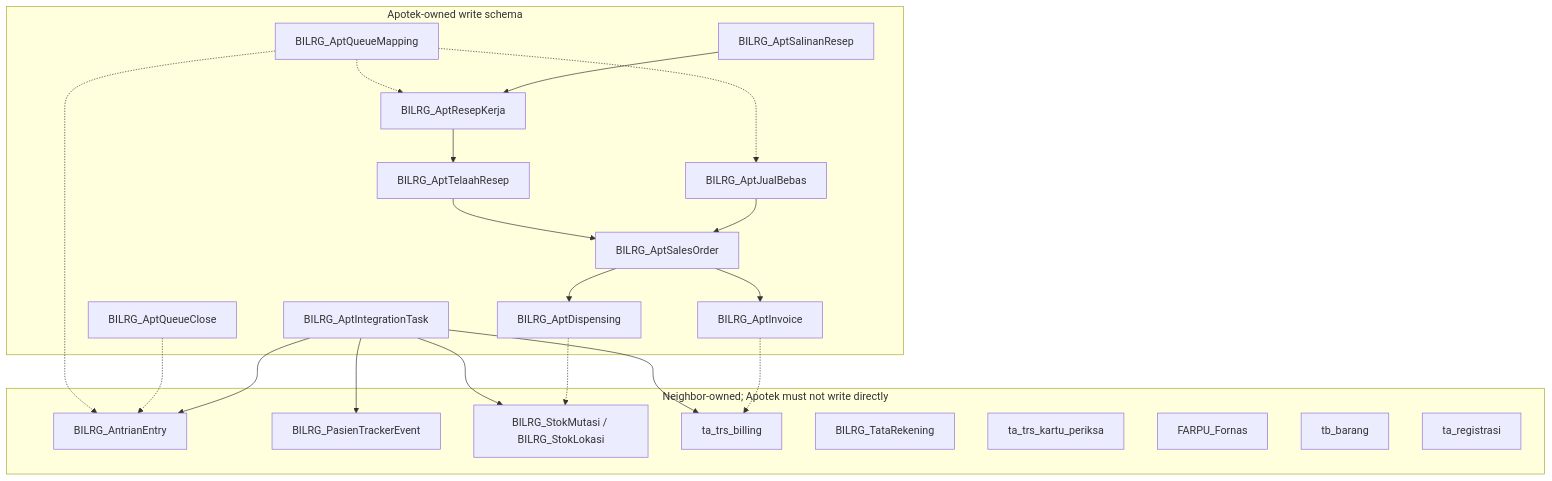
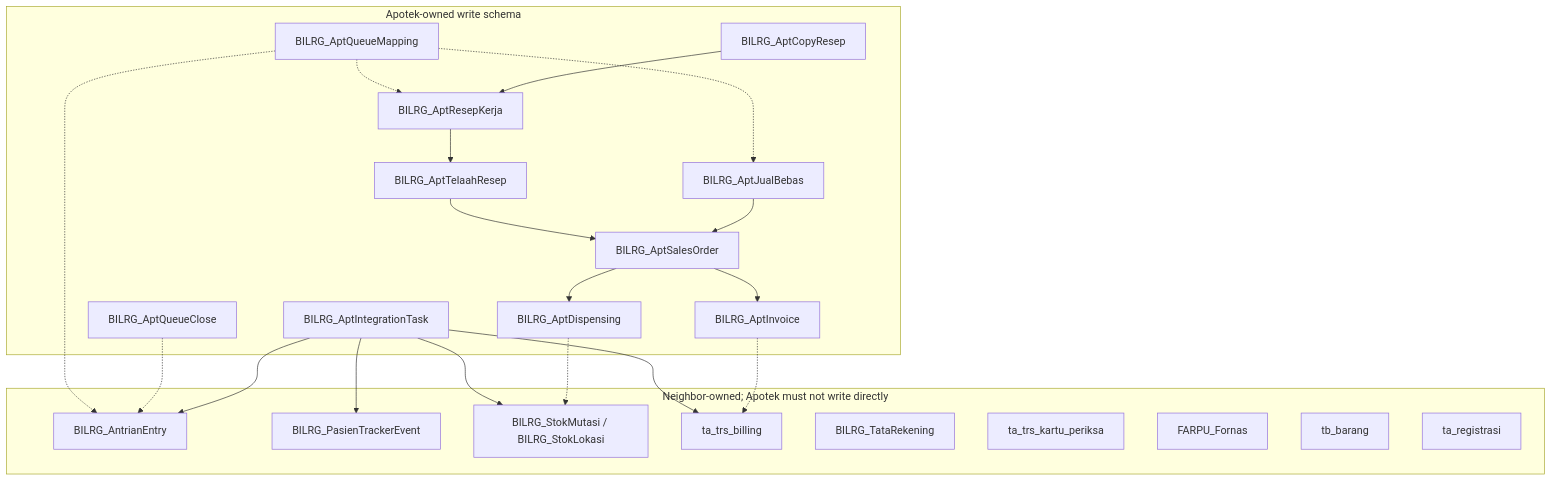
The first of 3 diagrams in docs/contexts/apotek/outpatient-apotek-persistence-design.md (smart-ics/b09-bilreg-api), drawn with Mermaid before and after one commit. The commit also changed other lines of this file and 18 other files, not shown here.

Commit message:
Ubah istilah 'Salinan Resep' menjadi 'Copy Resep'

````diff
--- a/docs/contexts/apotek/outpatient-apotek-persistence-design.md
+++ b/docs/contexts/apotek/outpatient-apotek-persistence-design.md
@@ -140,44 +140,44 @@
 ```mermaid
 flowchart TB
   subgraph apotekWrite ["Apotek-owned write schema"]
     RK["BILRG_AptResepKerja"]
     JB["BILRG_AptJualBebas"]
     TR["BILRG_AptTelaahResep"]
     SO["BILRG_AptSalesOrder"]
     INV["BILRG_AptInvoice"]
     DSP["BILRG_AptDispensing"]
     MAP["BILRG_AptQueueMapping"]
     CLOSE["BILRG_AptQueueClose"]
-    COPY["BILRG_AptSalinanResep"]
+    COPY["BILRG_AptCopyResep"]
     TASK["BILRG_AptIntegrationTask"]
   end
 
   subgraph neighbors ["Neighbor-owned; Apotek must not write directly"]
     Q["BILRG_AntrianEntry"]
     TE["BILRG_PasienTrackerEvent"]
     ST["BILRG_StokMutasi / BILRG_StokLokasi"]
     BILL["ta_trs_billing"]
     TRK["BILRG_TataRekening"]
     KP["ta_trs_kartu_periksa"]
     FORN["FARPU_Fornas"]
     BRG["tb_barang"]
     REG["ta_registrasi"]
   end
 
   RK --> TR
   TR --> SO
   JB --> SO
   SO --> INV
   SO --> DSP
   MAP -.-> Q
   MAP -.-> RK
   MAP -.-> JB
   CLOSE -.-> Q
   COPY --> RK
   TASK --> ST
   TASK --> BILL
   TASK --> Q
   TASK --> TE
   INV -.-> BILL
   DSP -.-> ST
 ```
````
